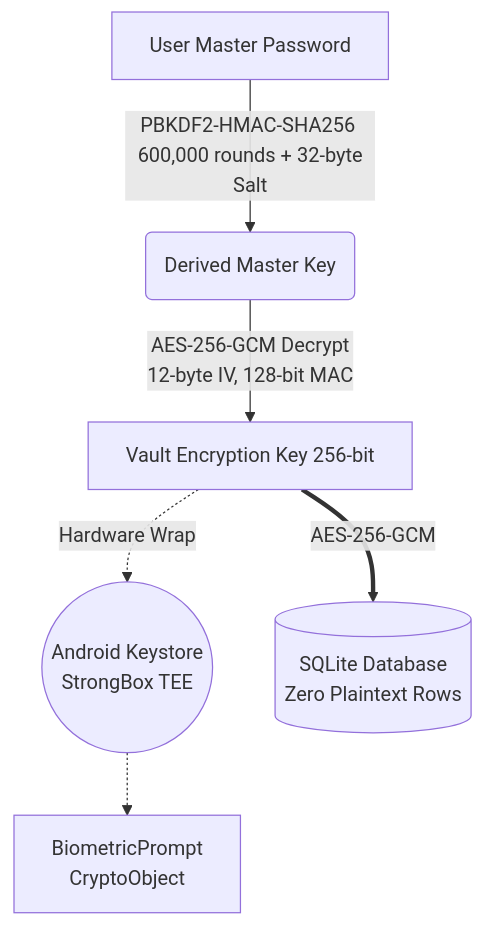
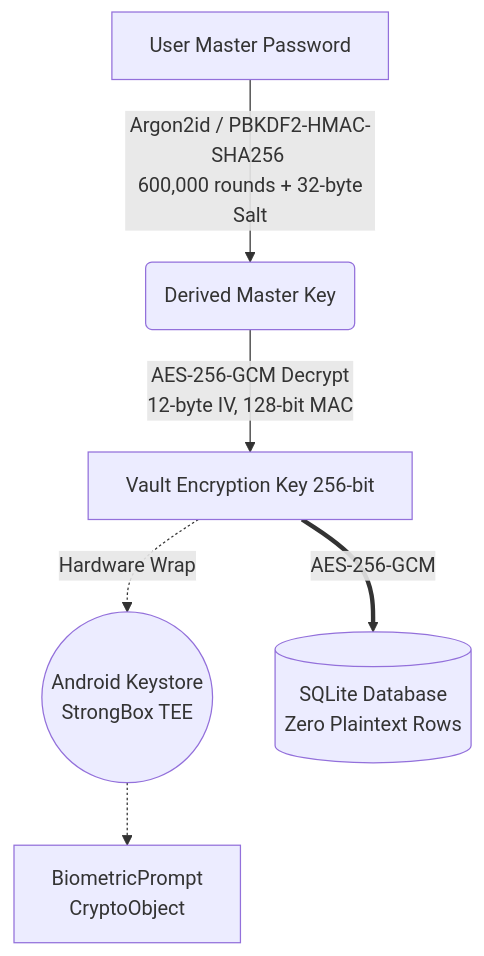
The diagram in README.md (CodeSorcerer-007/Kryptx), drawn with Mermaid before and after one commit. The commit also changed other lines of this file and 75 other files, not shown here.

````diff
--- a/README.md
+++ b/README.md
@@ -47,8 +48,8 @@
 ```mermaid
 graph TD;
-    A[User Master Password] -->|PBKDF2-HMAC-SHA256 <br/> 600,000 rounds + 32-byte Salt| B(Derived Master Key);
+    A[User Master Password] -->|Argon2id / PBKDF2-HMAC-SHA256 <br/> 600,000 rounds + 32-byte Salt| B(Derived Master Key);
     B -->|AES-256-GCM Decrypt <br/> 12-byte IV, 128-bit MAC| C[Vault Encryption Key 256-bit];
     C -.->|Hardware Wrap| D((Android Keystore <br/> StrongBox TEE));
     D -.-> E[BiometricPrompt <br/> CryptoObject];
     C ==>|AES-256-GCM| F[(SQLite Database <br/> Zero Plaintext Rows)];
 ```
````
